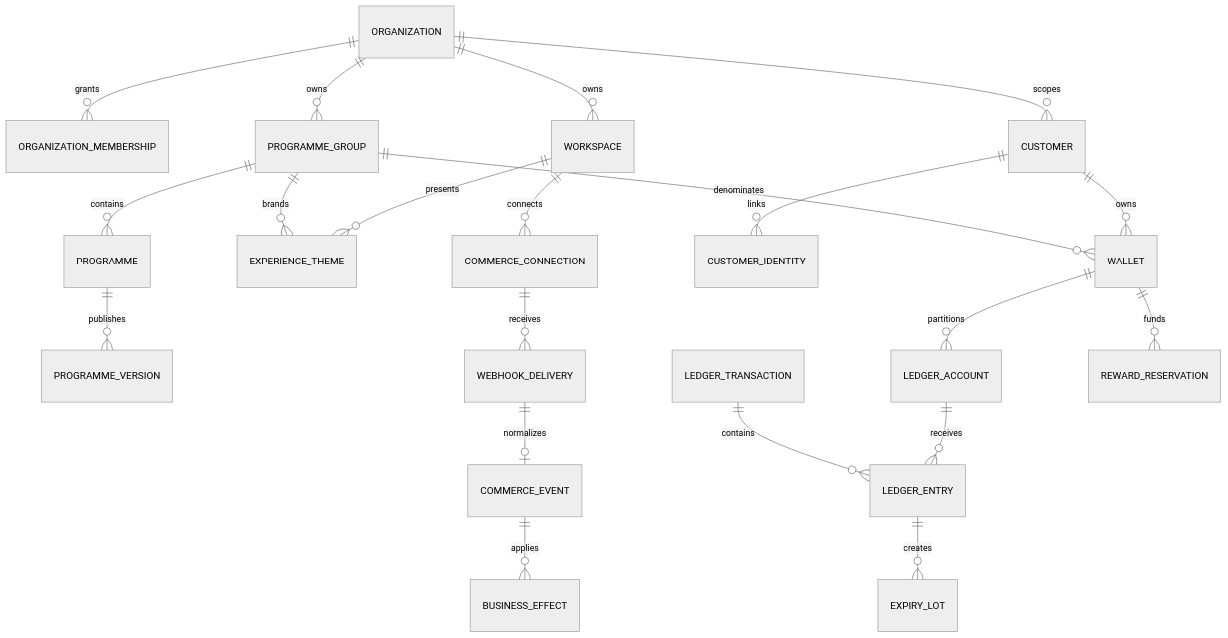
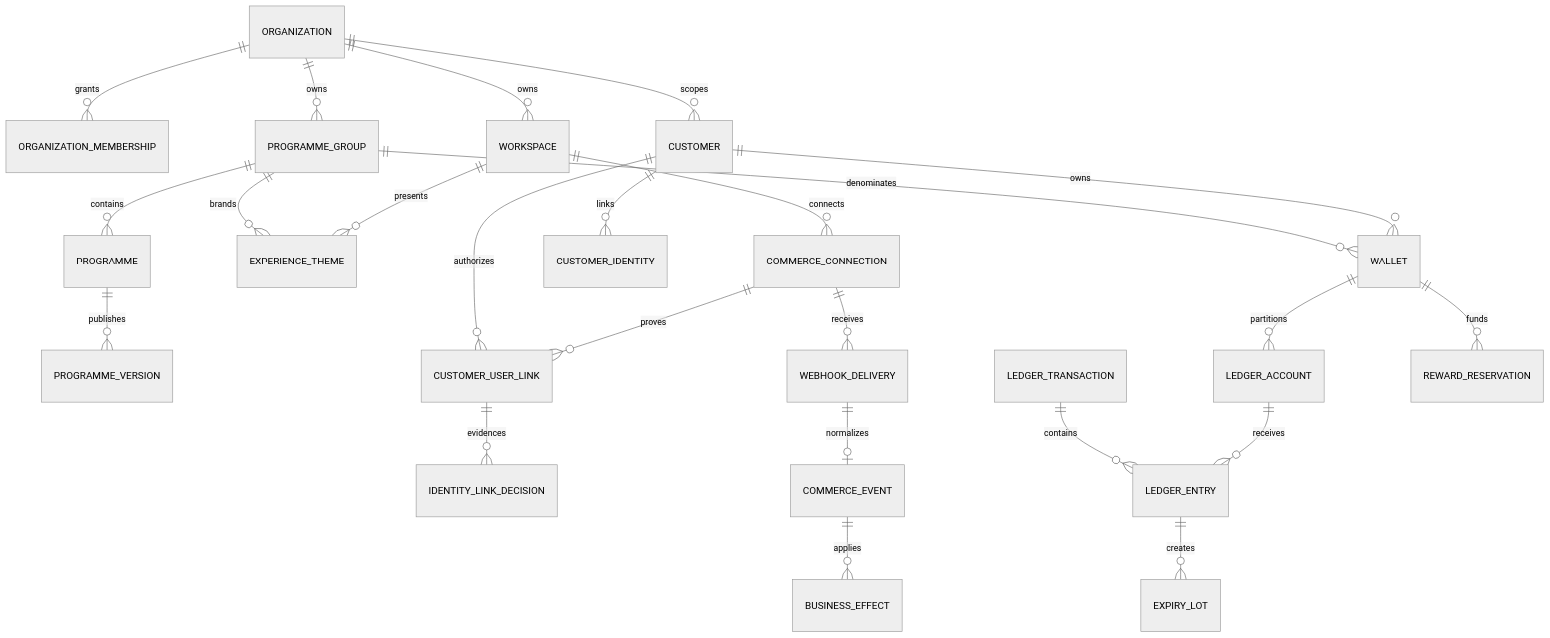
The diagram in docs/architecture/DATA_MODEL.md (Starfiniti/starfiniti-loyalty), drawn with Mermaid (neutral theme) before and after one commit. The commit also changed other lines of this file and 12 other files, not shown here.

````diff
--- a/docs/architecture/DATA_MODEL.md
+++ b/docs/architecture/DATA_MODEL.md
@@ -24,23 +24,26 @@
 ```mermaid
 erDiagram
   ORGANIZATION ||--o{ ORGANIZATION_MEMBERSHIP : grants
   ORGANIZATION ||--o{ WORKSPACE : owns
   ORGANIZATION ||--o{ PROGRAMME_GROUP : owns
   PROGRAMME_GROUP ||--o{ PROGRAMME : contains
   PROGRAMME_GROUP ||--o{ EXPERIENCE_THEME : brands
   WORKSPACE ||--o{ EXPERIENCE_THEME : presents
   PROGRAMME ||--o{ PROGRAMME_VERSION : publishes
   WORKSPACE ||--o{ COMMERCE_CONNECTION : connects
   ORGANIZATION ||--o{ CUSTOMER : scopes
   CUSTOMER ||--o{ CUSTOMER_IDENTITY : links
+  CUSTOMER ||--o{ CUSTOMER_USER_LINK : authorizes
+  COMMERCE_CONNECTION ||--o{ CUSTOMER_USER_LINK : proves
+  CUSTOMER_USER_LINK ||--o{ IDENTITY_LINK_DECISION : evidences
   PROGRAMME_GROUP ||--o{ WALLET : denominates
   CUSTOMER ||--o{ WALLET : owns
   WALLET ||--o{ LEDGER_ACCOUNT : partitions
   LEDGER_TRANSACTION ||--o{ LEDGER_ENTRY : contains
   LEDGER_ACCOUNT ||--o{ LEDGER_ENTRY : receives
   COMMERCE_CONNECTION ||--o{ WEBHOOK_DELIVERY : receives
   WEBHOOK_DELIVERY ||--o| COMMERCE_EVENT : normalizes
   COMMERCE_EVENT ||--o{ BUSINESS_EFFECT : applies
   WALLET ||--o{ REWARD_RESERVATION : funds
   LEDGER_ENTRY ||--o{ EXPIRY_LOT : creates
 ```
````
